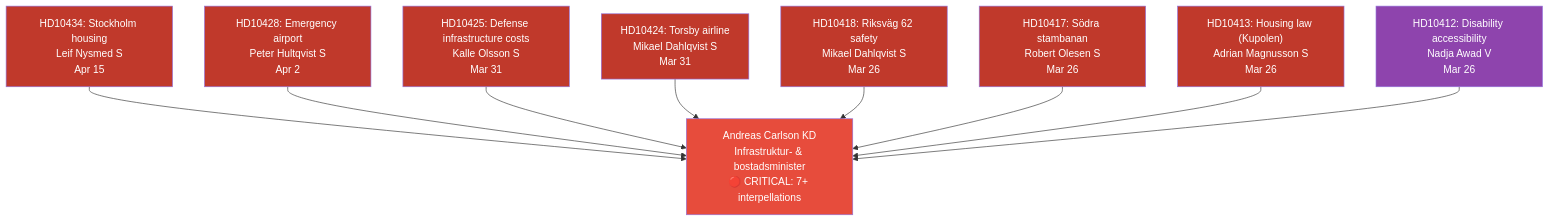
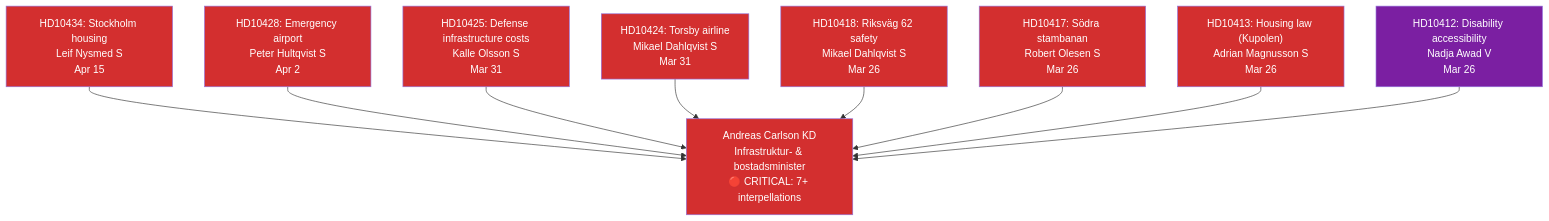
One commit to Hack23/riksdagsmonitor changed the second of 2 diagrams in analysis/daily/2026-04-17/interpellations/cross-reference-map.md. Above: the diagram before and after it, drawn with Mermaid. The commit also changed other lines of this file and 785 other files, not shown here.

First line of the commit message:
Normalize mermaid colors across 786 analysis artifacts to ISMS Style Guide palette

````diff
--- a/analysis/daily/2026-04-17/interpellations/cross-reference-map.md
+++ b/analysis/daily/2026-04-17/interpellations/cross-reference-map.md
@@ -28,23 +28,23 @@
 ```mermaid
 graph TD
     AC["Andreas Carlson KD\nInfrastruktur- & bostadsminister\n🔴 CRITICAL: 7+ interpellations"]
     
     HD10434["HD10434: Stockholm housing\nLeif Nysmed S\nApr 15"] --> AC
     HD10428["HD10428: Emergency airport\nPeter Hultqvist S\nApr 2"] --> AC
     HD10425["HD10425: Defense infrastructure costs\nKalle Olsson S\nMar 31"] --> AC
     HD10424["HD10424: Torsby airline\nMikael Dahlqvist S\nMar 31"] --> AC
     HD10418["HD10418: Riksväg 62 safety\nMikael Dahlqvist S\nMar 26"] --> AC
     HD10417["HD10417: Södra stambanan\nRobert Olesen S\nMar 26"] --> AC
     HD10413["HD10413: Housing law (Kupolen)\nAdrian Magnusson S\nMar 26"] --> AC
     HD10412["HD10412: Disability accessibility\nNadja Awad V\nMar 26"] --> AC
 
-    style AC fill:#e74c3c,color:#fff
-    style HD10434 fill:#c0392b,color:#fff
-    style HD10428 fill:#c0392b,color:#fff
-    style HD10425 fill:#c0392b,color:#fff
-    style HD10424 fill:#c0392b,color:#fff
-    style HD10418 fill:#c0392b,color:#fff
-    style HD10417 fill:#c0392b,color:#fff
-    style HD10413 fill:#c0392b,color:#fff
-    style HD10412 fill:#8e44ad,color:#fff
+    style AC fill:#D32F2F,color:#FFFFFF
+    style HD10434 fill:#D32F2F,color:#FFFFFF
+    style HD10428 fill:#D32F2F,color:#FFFFFF
+    style HD10425 fill:#D32F2F,color:#FFFFFF
+    style HD10424 fill:#D32F2F,color:#FFFFFF
+    style HD10418 fill:#D32F2F,color:#FFFFFF
+    style HD10417 fill:#D32F2F,color:#FFFFFF
+    style HD10413 fill:#D32F2F,color:#FFFFFF
+    style HD10412 fill:#7B1FA2,color:#FFFFFF
 ```
````
